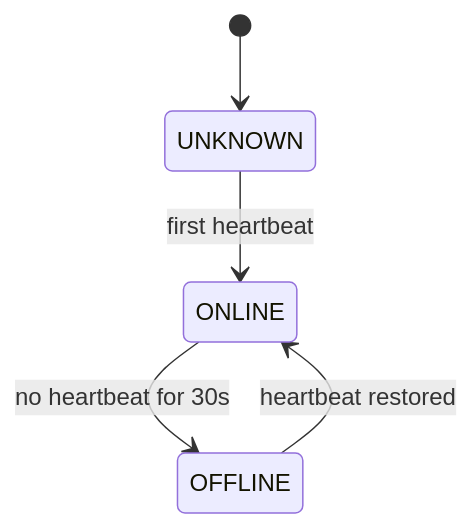
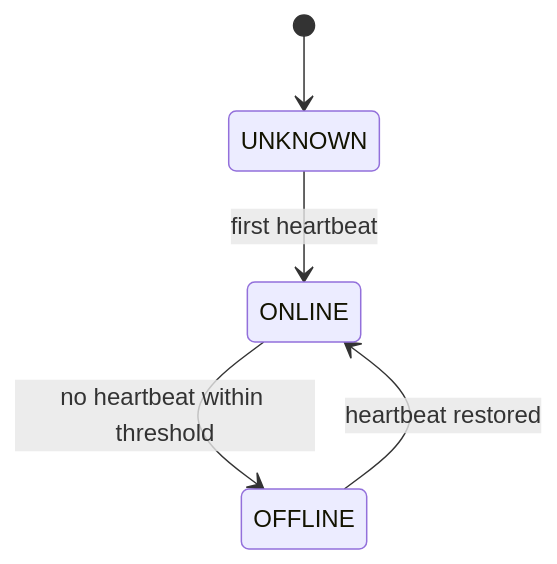
The second of 2 diagrams in docs/design/03-state-machines-and-observability.md (rojim666/Mini-Drop), drawn with Mermaid before and after one commit. The commit also changed other lines of this file and 6 other files, not shown here.

````diff
--- a/docs/design/03-state-machines-and-observability.md
+++ b/docs/design/03-state-machines-and-observability.md
@@ -45,7 +50,7 @@
 ```mermaid
 stateDiagram-v2
     [*] --> UNKNOWN
     UNKNOWN --> ONLINE: first heartbeat
-    ONLINE --> OFFLINE: no heartbeat for 30s
+    ONLINE --> OFFLINE: no heartbeat within threshold
     OFFLINE --> ONLINE: heartbeat restored
 ```
````
